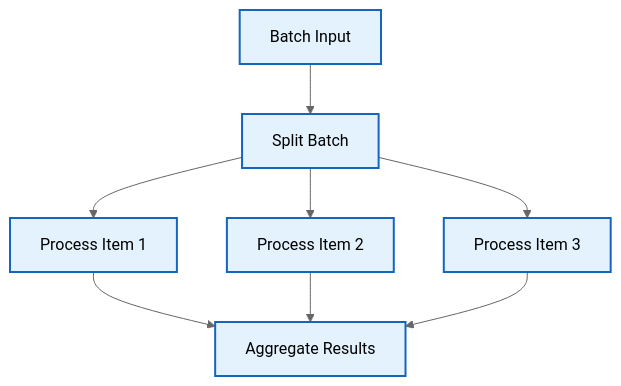
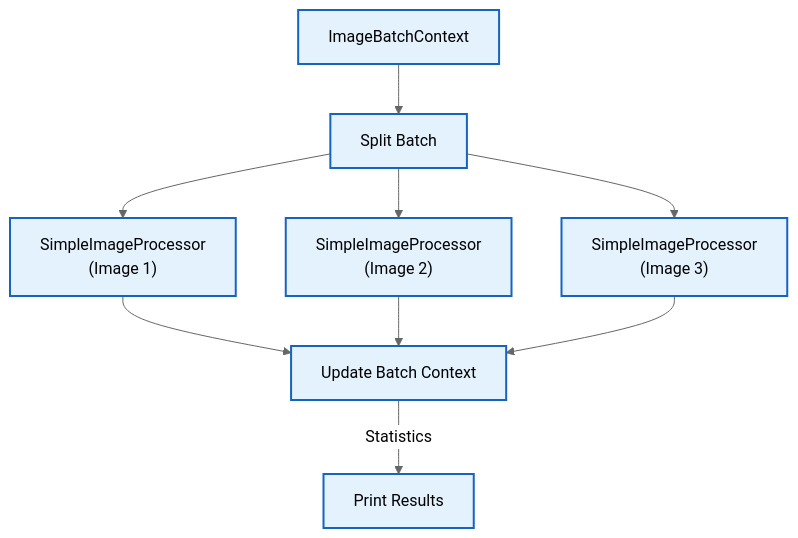
Before and after one commit to aitoroses/floxide: the fourth of 9 diagrams in README.md, drawn with Mermaid (neutral theme). The commit also changed other lines of this file and 11 other files, not shown here.

````diff
--- a/README.md
+++ b/README.md
@@ -222,16 +212,18 @@
 ```mermaid
 graph TD
-    A["Batch Input"] --> B["Split Batch"]
-    B --> C1["Process Item 1"]
-    B --> C2["Process Item 2"]
-    B --> C3["Process Item 3"]
-    C1 --> D["Aggregate Results"]
+    A["ImageBatchContext"] --> B["Split Batch"]
+    B --> C1["SimpleImageProcessor<br>(Image 1)"]
+    B --> C2["SimpleImageProcessor<br>(Image 2)"]
+    B --> C3["SimpleImageProcessor<br>(Image 3)"]
+    C1 --> D["Update Batch Context"]
     C2 --> D
     C3 --> D
+    D -->|"Statistics"| E["Print Results"]
     style A fill:#e3f2fd,stroke:#1565c0,stroke-width:2px,color:black
     style B fill:#e3f2fd,stroke:#1565c0,stroke-width:2px,color:black
     style C1 fill:#e3f2fd,stroke:#1565c0,stroke-width:2px,color:black
     style C2 fill:#e3f2fd,stroke:#1565c0,stroke-width:2px,color:black
     style C3 fill:#e3f2fd,stroke:#1565c0,stroke-width:2px,color:black
     style D fill:#e3f2fd,stroke:#1565c0,stroke-width:2px,color:black
+    style E fill:#e3f2fd,stroke:#1565c0,stroke-width:2px,color:black
 ```
````
